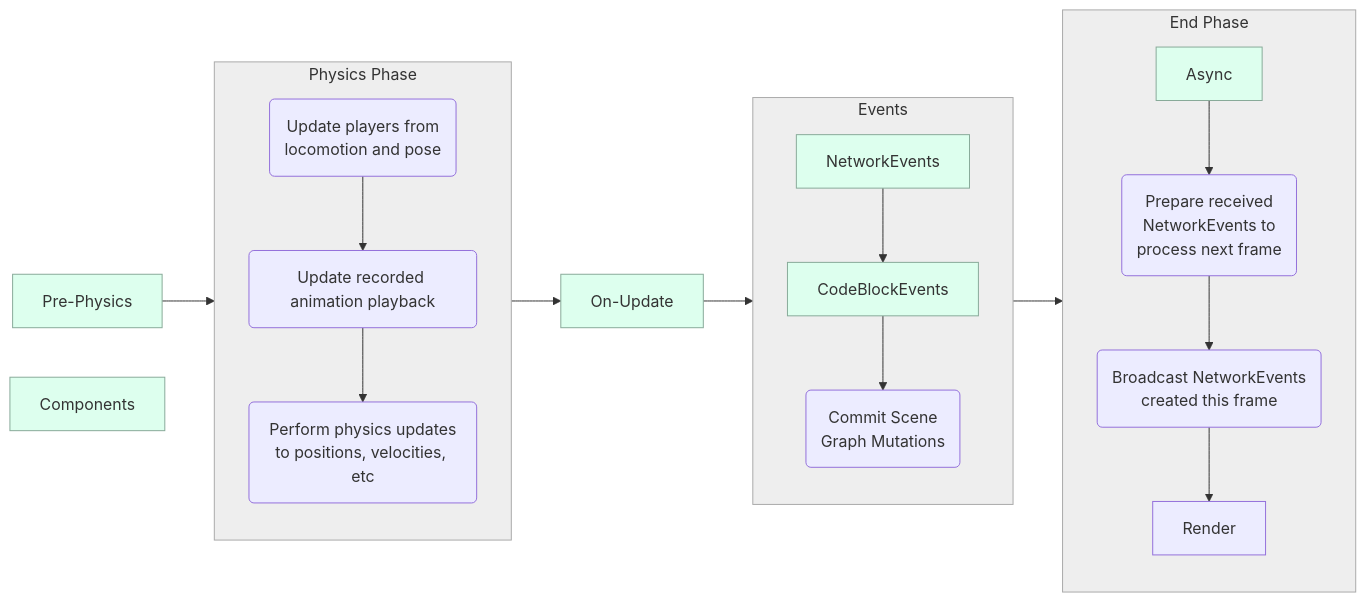
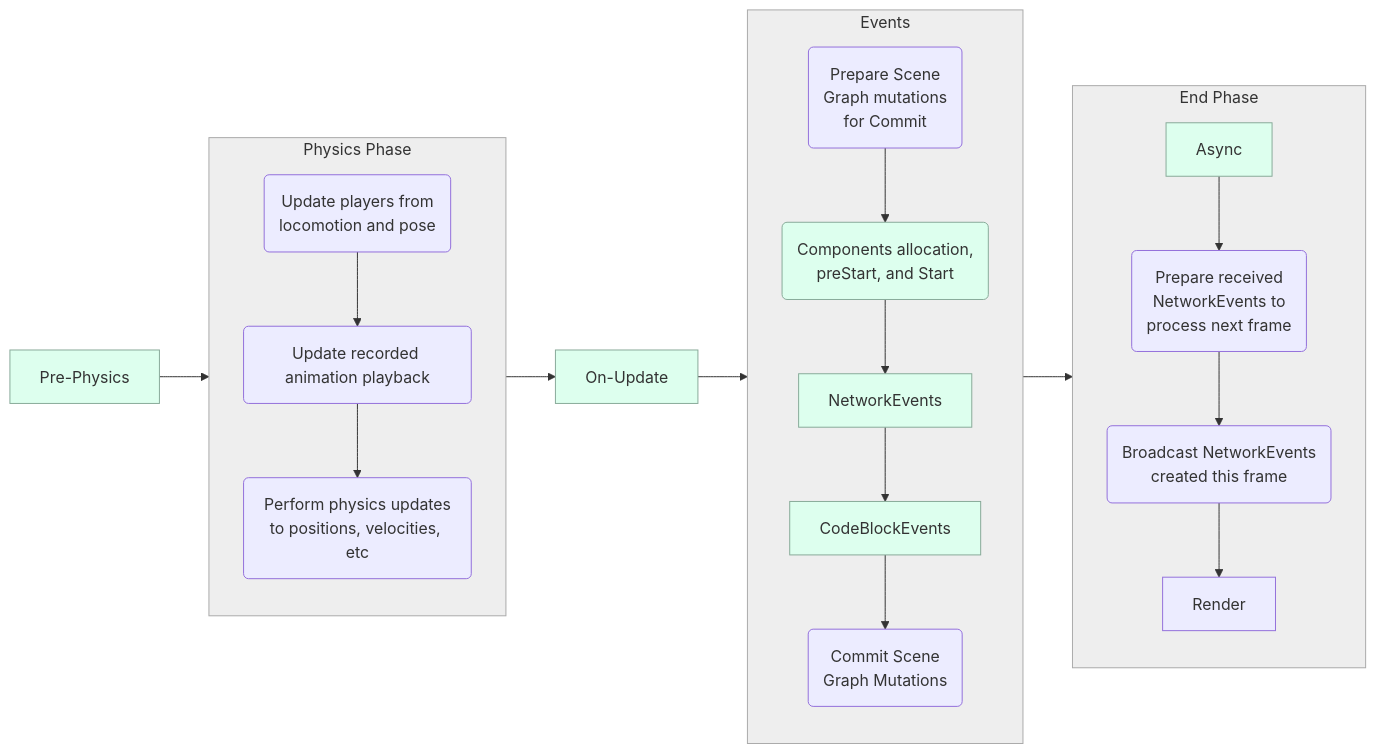
One commit to MHCPCreators/horizonCreatorManual changed the first of 5 diagrams in HorizonTechnicalDoc.md. Above: the diagram before and after it, drawn with Mermaid. The commit also changed other lines of this file, not shown here.

Commit message:
Put full diagram

````diff
--- a/HorizonTechnicalDoc.md
+++ b/HorizonTechnicalDoc.md
@@ -1356,30 +1356,30 @@
 ```mermaid
 flowchart LR
   subgraph Physics [Physics Phase]
     locomotion(Update players from<br/>locomotion and pose) --> animation(Update recorded animation playback)
 
     animation --> physicsStep(Perform physics updates<br/>to positions, velocities, etc)
   end
 
   subgraph Events
-    NetworkEvents --> CodeBlockEvents --> mutations(Commit Scene <br/>Graph Mutations)
+    PrepareMutations(Prepare Scene<br/>Graph mutations<br>for Commit) --> Components(Components allocation,<br/>preStart, and Start)  --> NetworkEvents --> CodeBlockEvents --> mutations(Commit Scene <br/>Graph Mutations)
   end
 
   subgraph EndFrame [End Phase]
     Async --> receive(Prepare received<br/>NetworkEvents to</br>process next frame) --> broadcast(Broadcast NetworkEvents<br/>created this frame) --> Render
   end
 
   Pre-Physics --> Physics --> On-Update --> Events --> EndFrame
 
   style Physics fill:#eee,stroke:#aaa
   style Events fill:#eee,stroke:#aaa
   style EndFrame fill:#eee,stroke:#aaa
 
   %% Scripting
   style Async fill:#dfe,stroke:#8a9
   style Pre-Physics fill:#dfe,stroke:#8a9
   style On-Update fill:#dfe,stroke:#8a9
   style NetworkEvents fill:#dfe,stroke:#8a9
   style CodeBlockEvents fill:#dfe,stroke:#8a9
   style Components fill:#dfe,stroke:#8a9
 ```
````
